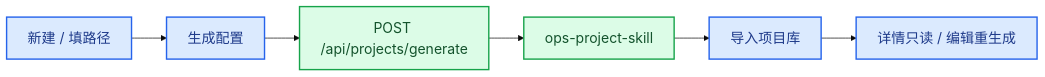
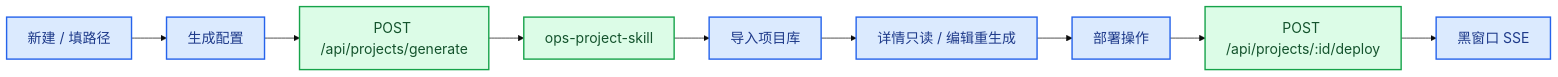
The third of 3 diagrams in project-sub/ops-sub/docs/架构关系图.md (InsectYan/admin-management-station), drawn with Mermaid before and after one commit. The commit also changed other lines of this file and 137 other files, not shown here.

````diff
--- a/project-sub/ops-sub/docs/架构关系图.md
+++ b/project-sub/ops-sub/docs/架构关系图.md
@@ -84,12 +131,15 @@
 ```mermaid
 %%{init: {'theme':'base', 'themeVariables': {'fontSize':'20px'}}}%%
 flowchart LR
     classDef ui fill:#DBEAFE,stroke:#2563EB,stroke-width:2px,color:#1E3A8A
     classDef bff fill:#DCFCE7,stroke:#16A34A,stroke-width:2px,color:#14532D
 
     A["新建 / 填路径"]:::ui --> B["生成配置"]:::ui
     B --> C["POST /api/projects/generate"]:::bff
     C --> D["ops-project-skill"]:::bff
     D --> E["导入项目库"]:::ui
     E --> F["详情只读 / 编辑重生成"]:::ui
+    F --> G["部署操作"]:::ui
+    G --> H["POST /api/projects/:id/deploy"]:::bff
+    H --> I["黑窗口 SSE"]:::ui
 ```
````
